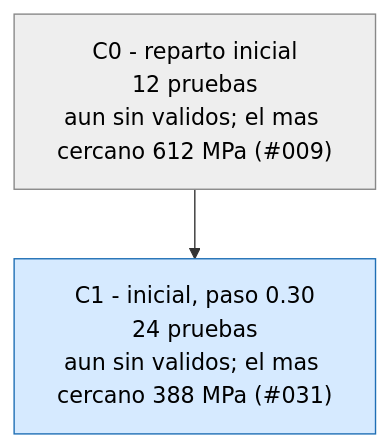
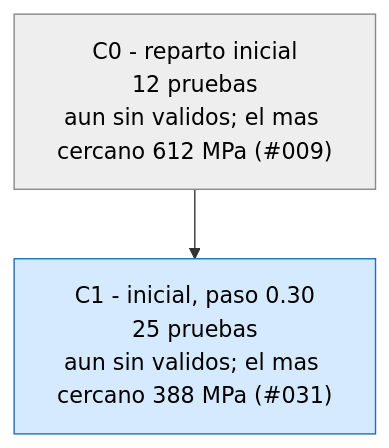
Before and after one commit to Hugiko/msd-soporte-optimizacion: the third of 3 diagrams in runs/opt_37800N/ARBOL.md, drawn with Mermaid. The commit also changed 19 other files, not shown here.

````diff
--- a/runs/opt_37800N/ARBOL.md
+++ b/runs/opt_37800N/ARBOL.md
@@ -37,9 +37,9 @@
 ```mermaid
 graph TD
 classDef activa fill:#d6eaff,stroke:#1f6fb5,color:#000
 classDef fin fill:#eeeeee,stroke:#888,color:#000
 classDef mejor fill:#c8f0c0,stroke:#1a9850,stroke-width:4px,color:#000
 C0["C0 - reparto inicial<br/>12 pruebas<br/>aun sin validos; el mas cercano 612 MPa (#009)"]:::fin
-C1["C1 - inicial, paso 0.30<br/>24 pruebas<br/>aun sin validos; el mas cercano 388 MPa (#031)"]:::activa
+C1["C1 - inicial, paso 0.30<br/>25 pruebas<br/>aun sin validos; el mas cercano 388 MPa (#031)"]:::activa
 C0 --> C1
 ```
````
